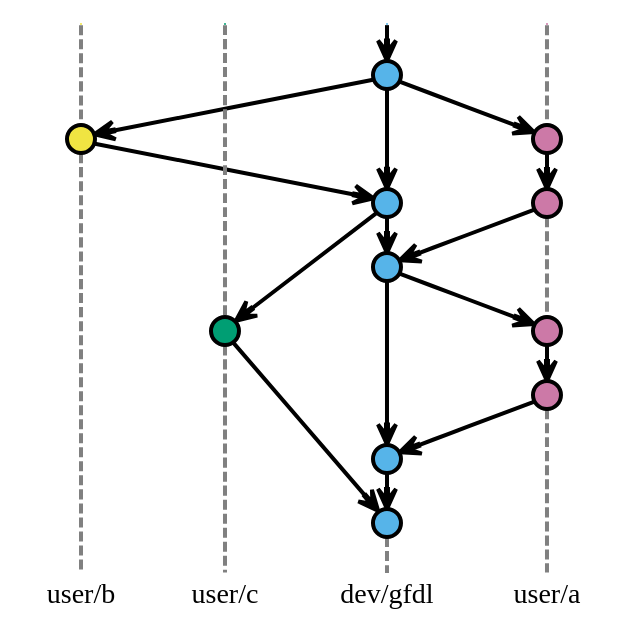
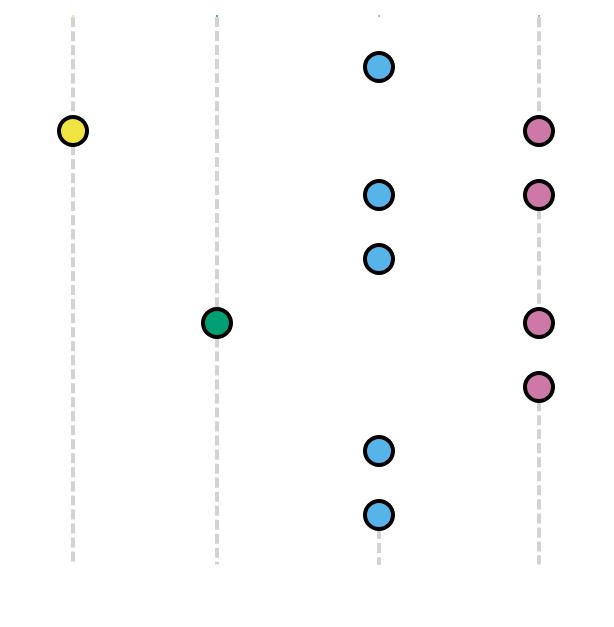
One commit to marshallward/woco2023 changed the diagram in dot/git_branchy.dot. Above: the diagram before and after it, drawn with Graphviz. The commit also changed 3 other files, not shown here.

```diff
--- a/dot/git_branchy.dot
+++ b/dot/git_branchy.dot
@@ -1,122 +1,140 @@
 digraph git_no_ff {
     rankdir="TB"
     nodesep=0.2
     ranksep=0.25
     outputorder=edgesfirst
+
+    bgcolor = transparent
 
     // Global settings
     node [
         style=filled
         color="black"
         fontname="Inconsolata"
         fontcolor=black
     ]
     edge [
-        arrowhead=vee
-        color="black"
-        penwidth=2
+        arrowhead = vee
+        color = white
+        penwidth = 2
     ]
 
     // Branch label nodes
     node [
-        fixedsize=false
-        penwidth=0
-        fillcolor=none
-        shape=none
-        width=0
-        height=0
-        margin="0.05"
+        fixedsize = false
+        penwidth = 0
+        fillcolor = none
+        shape = none
+        width = 0
+        height = 0
+        margin = "0.05"
     ]
     subgraph {
         rank=sink
-        me [label="dev/gfdl", group="main"]
+        me [
+            group = "main"
+            label = "dev/gfdl"
+            fontcolor = white
+        ]
     }
     subgraph {
         rank=sink
-        ae [label="user/a", group="a"]
+        ae [
+            group = "a"
+            label = "user/a"
+            fontcolor = white
+        ]
     }
     subgraph {
         rank=sink
-        be [label="user/b", group="b"]
+        be [
+            group = "b"
+            label = "user/b"
+            fontcolor = white
+        ]
     }
     subgraph {
         rank=sink
-        ce [label="user/c", group="c"]
+        ce [
+            group = "c"
+            label = "user/c"
+            fontcolor = white
+        ]
     }
 
     // Commit nodes
     node [
         width=0.2
         height=0.2
         label=""
         shape=circle
         penwidth=2
     ]
 
     // main branch
     node [
         group="main"
         fillcolor="#56B4E9"
     ]
     m1 -> m2 -> m3 -> m4 -> m5
     subgraph {
         rank=source
         ms [label="", width=0, height=0, penwidth=0]
     }
     ms -> m1
-    m5 -> me [color="gray", style=dashed, arrowhead=none]
+    m5 -> me [color="lightgray", style=dashed, arrowhead=none]
 
     // user A
     node [
         group="a"
         fillcolor="#CC79A7"
     ]
     a1 -> a2
     a3 -> a4
     subgraph {
         rank=source
         as [label="", width=0, height=0, penwidth=0]
     }
-    as -> a1 [color="gray", style=dashed, arrowhead=none]
-    a2 -> a3 [color="gray", style=dashed, arrowhead=none]
-    a4 -> ae [color="gray", style=dashed, arrowhead=none]
+    as -> a1 [color="lightgray", style=dashed, arrowhead=none]
+    a2 -> a3 [color="lightgray", style=dashed, arrowhead=none]
+    a4 -> ae [color="lightgray", style=dashed, arrowhead=none]
 
     // user B
     node [
         group="b"
         //fillcolor="#009E73"
         fillcolor="#F0E442" 
     ]
     b1
     subgraph {
         rank=source
         bs [label="", width=0, height=0, penwidth=0]
     }
-    bs -> b1 -> be [color="gray", style=dashed, arrowhead=none]
+    bs -> b1 -> be [color="lightgray", style=dashed, arrowhead=none]
 
     // user C
     node [
         group="c"
         fillcolor = "#009E73"
     ]
     c1
     subgraph {
         rank=source
         cs [label="", width=0, height=0, penwidth=0]
     }
-    cs -> c1 -> ce [color="gray", style=dashed, arrowhead=none]
+    cs -> c1 -> ce [color="lightgray", style=dashed, arrowhead=none]
 
     // Branch interactions
     m1 -> a1
     m1 -> b1
 
     a2 -> m3
     a4 -> m4
 
     m2 -> c1
     m3 -> a3
 
     b1 -> m2
     
     c1 -> m5 
 }
```
